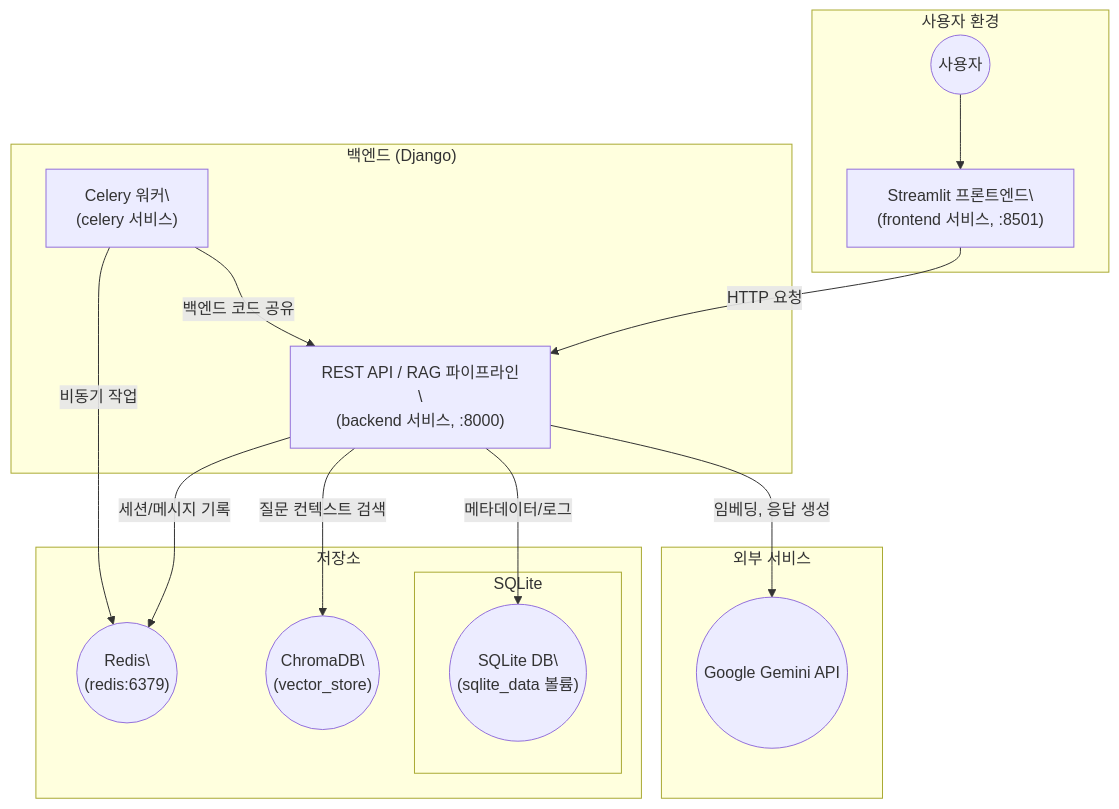
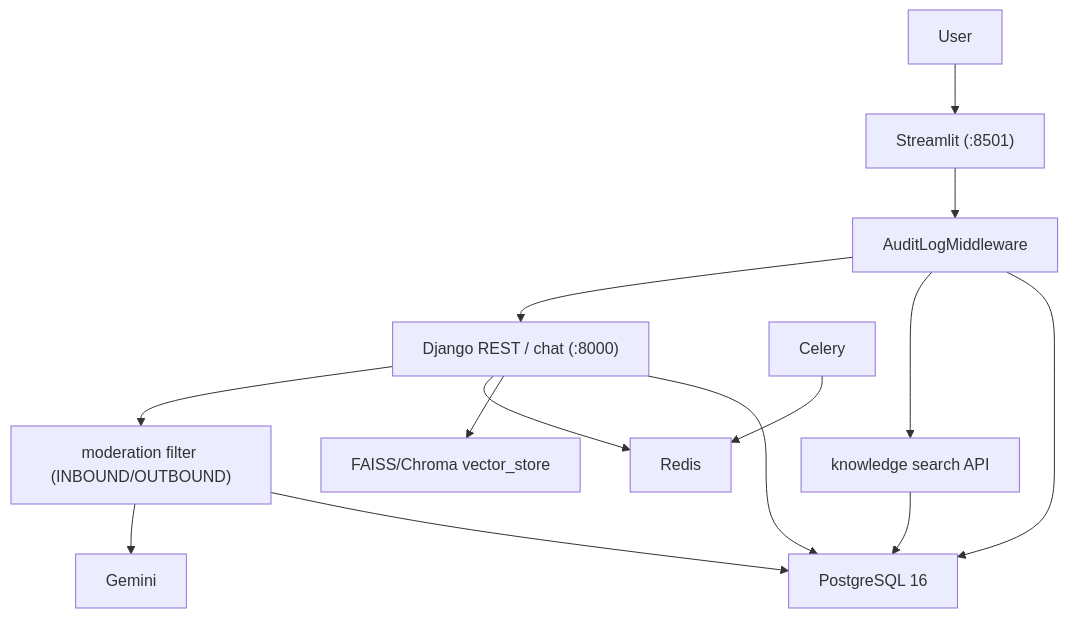
Before and after one commit to dea980/RAG_Chat: the diagram in Rag_Chat/backend/chat/improve_docs/improve_docs.md, drawn with Mermaid. The commit also changed other lines of this file and 8 other files, not shown here.

````diff
--- a/Rag_Chat/backend/chat/improve_docs/improve_docs.md
+++ b/Rag_Chat/backend/chat/improve_docs/improve_docs.md
@@ -3,34 +2,16 @@
 ```mermaid
 graph TB
-    subgraph "사용자 환경"
-        User(("사용자"))
-        UI["Streamlit 프론트엔드\\n(frontend 서비스, :8501)"]
-    end
-
-    subgraph "백엔드 (Django)"
-        API["REST API / RAG 파이프라인\\n(backend 서비스, :8000)"]
-        Celery["Celery 워커\\n(celery 서비스)"]
-    end
-
-    subgraph "저장소"
-        Redis(("Redis\\n(redis:6379)"))
-        Chroma(("ChromaDB\\n(vector_store)"))
-
-        subgraph "SQLite"
-            SQLiteDB(("SQLite DB\\n(sqlite_data 볼륨)"))
-        end
-    end
-
-    subgraph "외부 서비스"
-        Gemini(("Google Gemini API"))
-    end
-
-    User --> UI
-    UI --> |HTTP 요청| API
-    API --> |세션/메시지 기록| Redis
-    API --> |질문 컨텍스트 검색| Chroma
-    API --> |메타데이터/로그| SQLiteDB
-    API --> |임베딩, 응답 생성| Gemini
-    Celery --> |비동기 작업| Redis
-    Celery --> |백엔드 코드 공유| API
+    User --> UI["Streamlit (:8501)"]
+    UI --> Mw["AuditLogMiddleware"]
+    Mw --> API["Django REST / chat (:8000)"]
+    Mw --> KB["knowledge search API"]
+    API --> Mod["moderation filter (INBOUND/OUTBOUND)"]
+    Mod --> Gemini
+    API --> Redis
+    API --> Chroma["FAISS/Chroma vector_store"]
+    API --> Postgres["PostgreSQL 16"]
+    KB --> Postgres
+    Mod --> Postgres
+    Mw --> Postgres
+    Celery --> Redis
 ```
````
